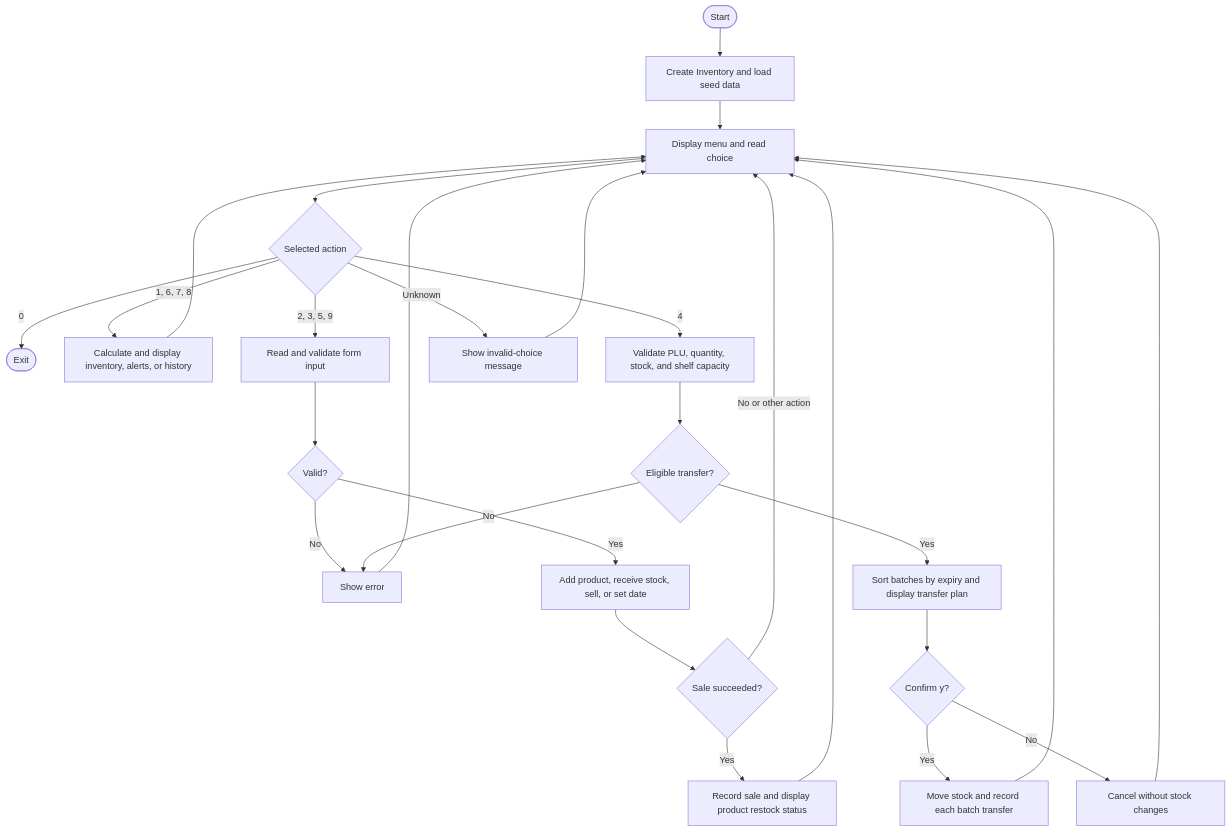
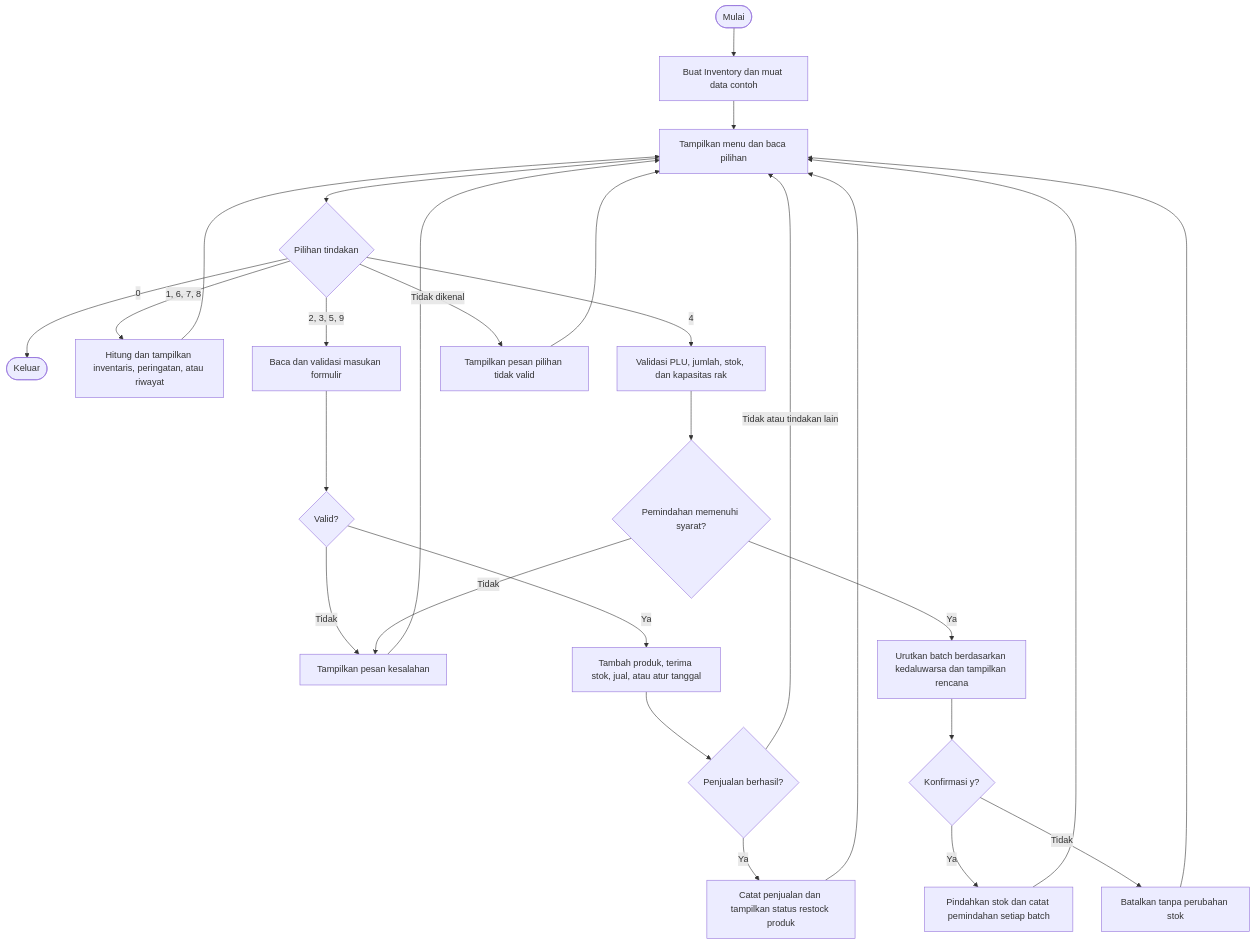
Before and after one commit to yahfiilham/pantau-toko: the diagram in README.md, drawn with Mermaid. The commit also changed other lines of this file, not shown here.

````diff
--- a/README.md
+++ b/README.md
@@ -108,29 +108,29 @@
 ```mermaid
 flowchart TD
-    A([Start]) --> B[Create Inventory and load seed data]
-    B --> C[Display menu and read choice]
-    C --> D{Selected action}
-    D -->|0| Z([Exit])
-    D -->|1, 6, 7, 8| E[Calculate and display inventory, alerts, or history]
-    D -->|2, 3, 5, 9| F[Read and validate form input]
-    D -->|4| G[Validate PLU, quantity, stock, and shelf capacity]
-    D -->|Unknown| H[Show invalid-choice message]
+    A([Mulai]) --> B[Buat Inventory dan muat data contoh]
+    B --> C[Tampilkan menu dan baca pilihan]
+    C --> D{Pilihan tindakan}
+    D -->|0| Z([Keluar])
+    D -->|1, 6, 7, 8| E[Hitung dan tampilkan inventaris, peringatan, atau riwayat]
+    D -->|2, 3, 5, 9| F[Baca dan validasi masukan formulir]
+    D -->|4| G[Validasi PLU, jumlah, stok, dan kapasitas rak]
+    D -->|Tidak dikenal| H[Tampilkan pesan pilihan tidak valid]
     F --> I{Valid?}
-    I -->|No| J[Show error]
-    I -->|Yes| K[Add product, receive stock, sell, or set date]
-    K --> L{Sale succeeded?}
-    L -->|Yes| M[Record sale and display product restock status]
-    L -->|No or other action| C
-    G --> N{Eligible transfer?}
-    N -->|No| J
-    N -->|Yes| O[Sort batches by expiry and display transfer plan]
-    O --> P{Confirm y?}
-    P -->|Yes| Q[Move stock and record each batch transfer]
-    P -->|No| R[Cancel without stock changes]
+    I -->|Tidak| J[Tampilkan pesan kesalahan]
+    I -->|Ya| K[Tambah produk, terima stok, jual, atau atur tanggal]
+    K --> L{Penjualan berhasil?}
+    L -->|Ya| M[Catat penjualan dan tampilkan status restock produk]
+    L -->|Tidak atau tindakan lain| C
+    G --> N{Pemindahan memenuhi syarat?}
+    N -->|Tidak| J
+    N -->|Ya| O[Urutkan batch berdasarkan kedaluwarsa dan tampilkan rencana]
+    O --> P{Konfirmasi y?}
+    P -->|Ya| Q[Pindahkan stok dan catat pemindahan setiap batch]
+    P -->|Tidak| R[Batalkan tanpa perubahan stok]
     E --> C
     H --> C
     J --> C
     M --> C
     Q --> C
     R --> C
 ```
````
